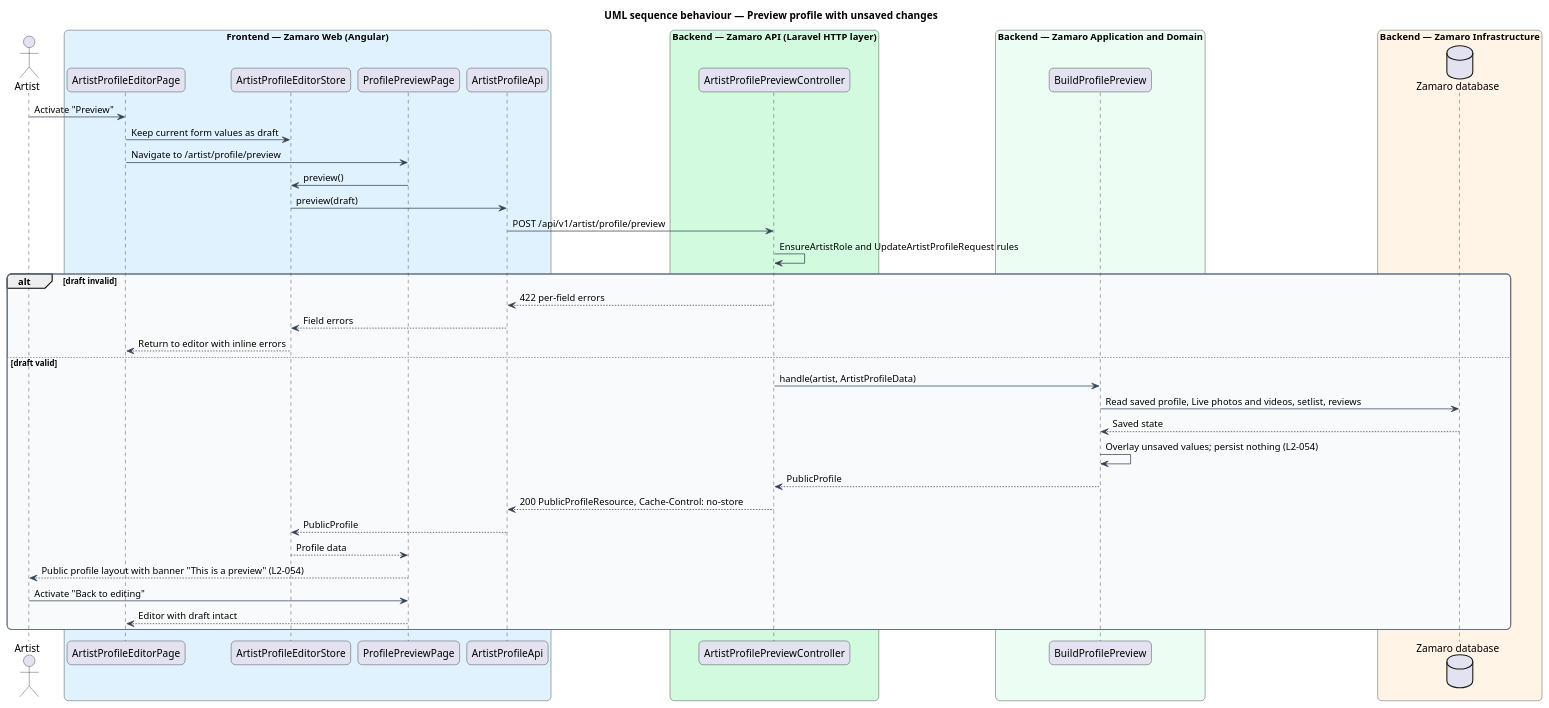
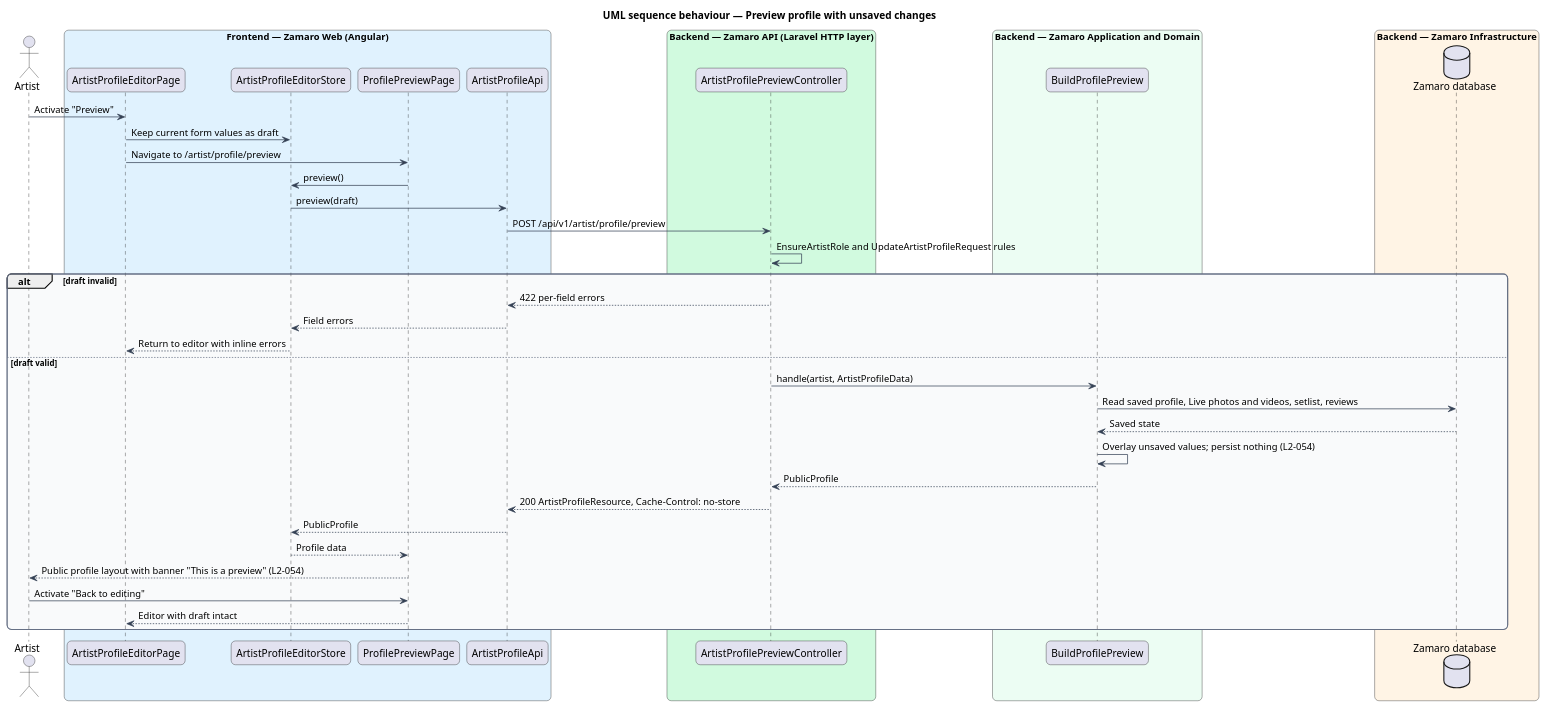
The diagram in docs/detailed-designs/artist-workspace/edit-profile-details/diagrams/sequence-preview-profile.puml (QuinntyneBrown/zamaro), drawn with PlantUML before and after one commit. The commit also changed 11 other files, not shown here.

First line of the commit message:
docs(adr): 0008 artist profile names; record the profile as built in S11

```diff
--- a/docs/detailed-designs/artist-workspace/edit-profile-details/diagrams/sequence-preview-profile.puml
+++ b/docs/detailed-designs/artist-workspace/edit-profile-details/diagrams/sequence-preview-profile.puml
@@ -1,58 +1,58 @@
 @startuml
 title UML sequence behaviour — Preview profile with unsaved changes
 skinparam backgroundColor #FFFFFF
 skinparam shadowing false
 skinparam roundcorner 12
 skinparam defaultFontName Arial
 skinparam ArrowColor #344054
 skinparam rectangle {
   BorderColor #344054
   FontColor #101828
 }
 skinparam package {
   BorderColor #667085
   FontColor #101828
   BackgroundColor #F9FAFB
 }
 actor "Artist" as actor
 box "Frontend — Zamaro Web (Angular)" #E0F2FE
   participant "ArtistProfileEditorPage" as page
   participant "ArtistProfileEditorStore" as store
   participant "ProfilePreviewPage" as preview
   participant "ArtistProfileApi" as client
 end box
 box "Backend — Zamaro API (Laravel HTTP layer)" #D1FADF
   participant "ArtistProfilePreviewController" as controller
 end box
 box "Backend — Zamaro Application and Domain" #ECFDF3
   participant "BuildProfilePreview" as action
 end box
 box "Backend — Zamaro Infrastructure" #FFF4E5
   database "Zamaro database" as db
 end box
 
 actor -> page : Activate "Preview"
 page -> store : Keep current form values as draft
 page -> preview : Navigate to /artist/profile/preview
 preview -> store : preview()
 store -> client : preview(draft)
 client -> controller : POST /api/v1/artist/profile/preview
 controller -> controller : EnsureArtistRole and UpdateArtistProfileRequest rules
 alt draft invalid
   controller --> client : 422 per-field errors
   client --> store : Field errors
   store --> page : Return to editor with inline errors
 else draft valid
   controller -> action : handle(artist, ArtistProfileData)
   action -> db : Read saved profile, Live photos and videos, setlist, reviews
   db --> action : Saved state
   action -> action : Overlay unsaved values; persist nothing (L2-054)
   action --> controller : PublicProfile
-  controller --> client : 200 PublicProfileResource, Cache-Control: no-store
+  controller --> client : 200 ArtistProfileResource, Cache-Control: no-store
   client --> store : PublicProfile
   store --> preview : Profile data
   preview --> actor : Public profile layout with banner "This is a preview" (L2-054)
   actor -> preview : Activate "Back to editing"
   preview --> page : Editor with draft intact
 end
 @enduml
```
